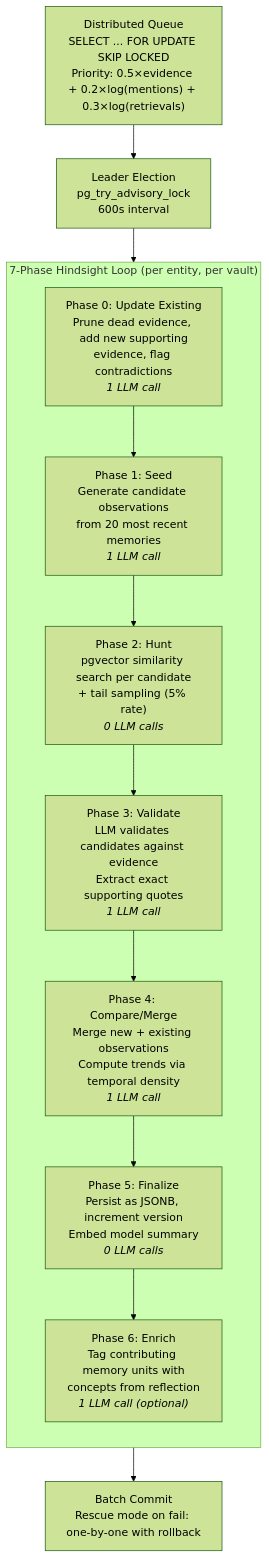
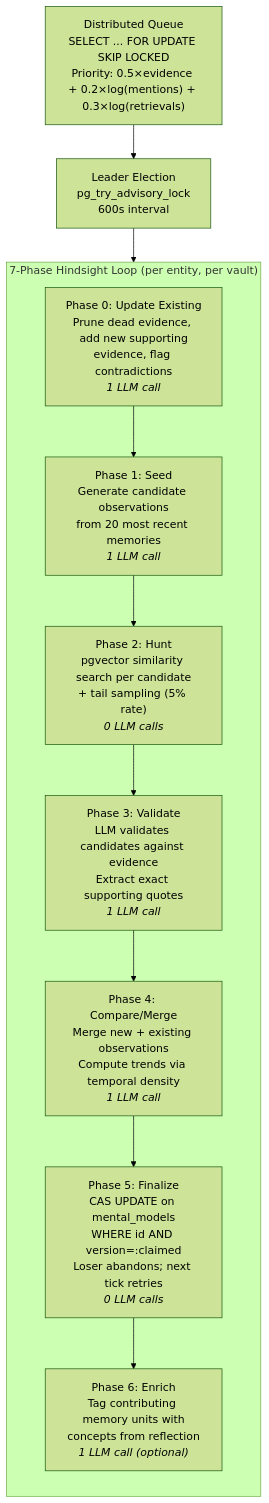
The first of 2 diagrams in docs/explanation/reflection-and-mental-models.md (JasperHG90/memex), drawn with Mermaid (forest theme) before and after one commit. The commit also changed other lines of this file and 3 other files, not shown here.

````diff
--- a/docs/explanation/reflection-and-mental-models.md
+++ b/docs/explanation/reflection-and-mental-models.md
@@ -66,19 +66,17 @@
 ```mermaid
 graph TD
     DQ["Distributed Queue<br/>SELECT ... FOR UPDATE SKIP LOCKED<br/>Priority: 0.5×evidence + 0.2×log(mentions) + 0.3×log(retrievals)"]
     --> LE["Leader Election<br/>pg_try_advisory_lock<br/>600s interval"]
     --> P0
 
     subgraph LOOP["7-Phase Hindsight Loop (per entity, per vault)"]
         direction TB
         P0["Phase 0: Update Existing<br/>Prune dead evidence, add new supporting<br/>evidence, flag contradictions<br/><i>1 LLM call</i>"]
         --> P1["Phase 1: Seed<br/>Generate candidate observations<br/>from 20 most recent memories<br/><i>1 LLM call</i>"]
         --> P2["Phase 2: Hunt<br/>pgvector similarity search per candidate<br/>+ tail sampling (5% rate)<br/><i>0 LLM calls</i>"]
         --> P3["Phase 3: Validate<br/>LLM validates candidates against evidence<br/>Extract exact supporting quotes<br/><i>1 LLM call</i>"]
         --> P4["Phase 4: Compare/Merge<br/>Merge new + existing observations<br/>Compute trends via temporal density<br/><i>1 LLM call</i>"]
-        --> P5["Phase 5: Finalize<br/>Persist as JSONB, increment version<br/>Embed model summary<br/><i>0 LLM calls</i>"]
+        --> P5["Phase 5: Finalize<br/>CAS UPDATE on mental_models<br/>WHERE id AND version=:claimed<br/>Loser abandons; next tick retries<br/><i>0 LLM calls</i>"]
         --> P6["Phase 6: Enrich<br/>Tag contributing memory units with<br/>concepts from reflection<br/><i>1 LLM call (optional)</i>"]
     end
-
-    P6 --> BC["Batch Commit<br/>Rescue mode on fail: one-by-one with rollback"]
 ```
````
